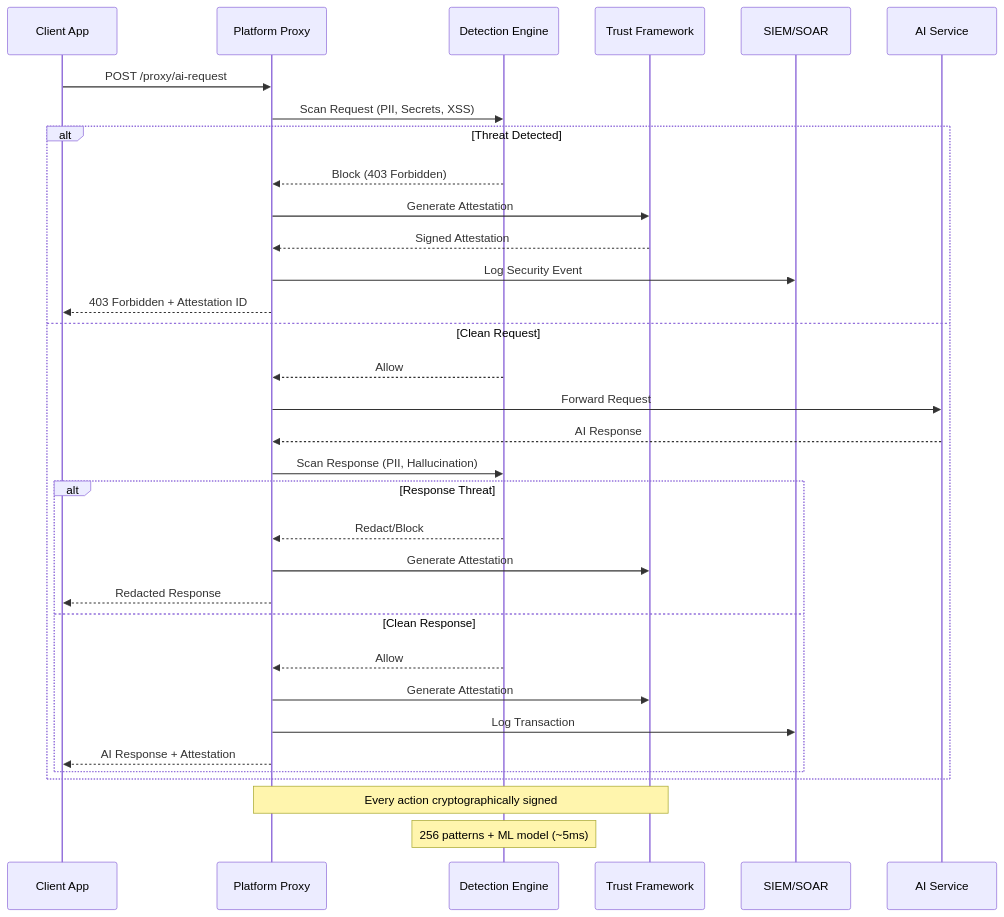
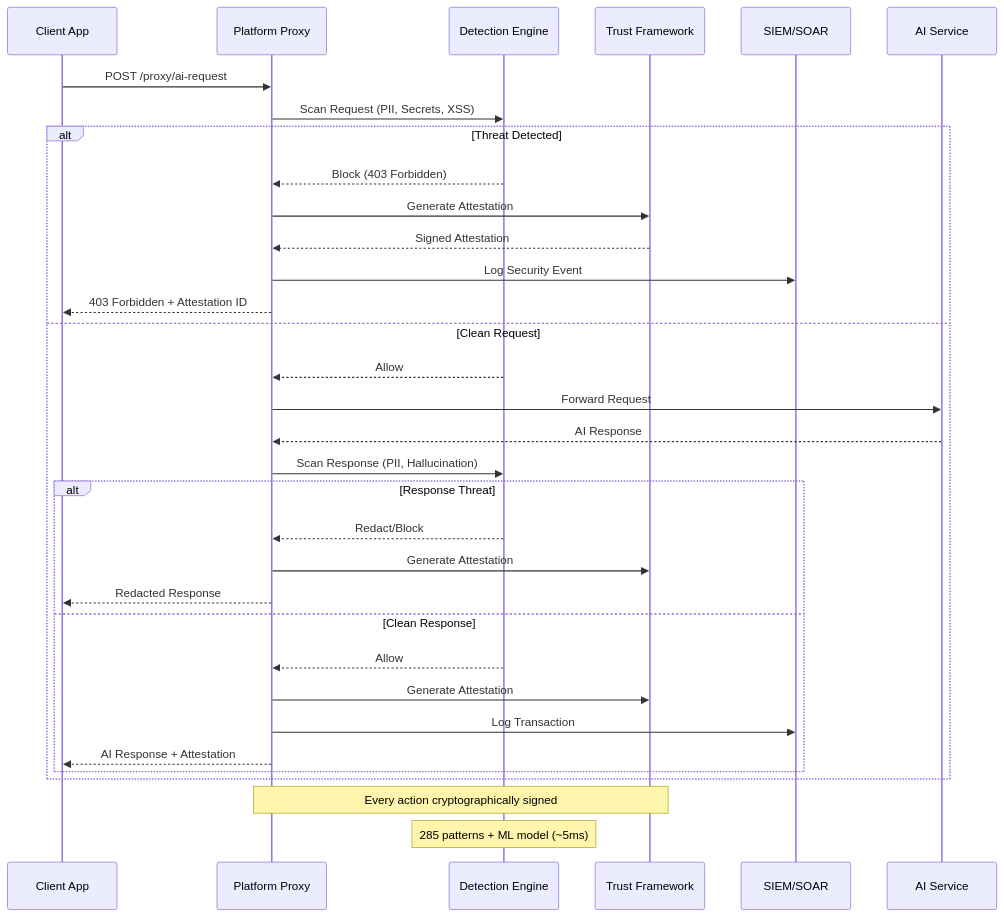
Before and after one commit to aegisgatesecurity/aegisgate-site: the second of 2 diagrams in content/platform/_index.md, drawn with Mermaid. The commit also changed other lines of this file and 1 other file, not shown here.

```diff
--- a/content/platform/_index.md
+++ b/content/platform/_index.md
@@ -223,39 +226,39 @@
 {{< mermaid >}}
 sequenceDiagram
     participant Client as Client App
     participant Proxy as Platform Proxy
     participant Scanner as Detection Engine
     participant Trust as Trust Framework
     participant SIEM as SIEM/SOAR
     participant AI as AI Service
 
     Client->>Proxy: POST /proxy/ai-request
     Proxy->>Scanner: Scan Request (PII, Secrets, XSS)
     
     alt Threat Detected
         Scanner-->>Proxy: Block (403 Forbidden)
         Proxy->>Trust: Generate Attestation
         Trust-->>Proxy: Signed Attestation
         Proxy->>SIEM: Log Security Event
         Proxy-->>Client: 403 Forbidden + Attestation ID
     else Clean Request
         Scanner-->>Proxy: Allow
         Proxy->>AI: Forward Request
         AI-->>Proxy: AI Response
         Proxy->>Scanner: Scan Response (PII, Hallucination)
         
         alt Response Threat
             Scanner-->>Proxy: Redact/Block
             Proxy->>Trust: Generate Attestation
             Proxy-->>Client: Redacted Response
         else Clean Response
             Scanner-->>Proxy: Allow
             Proxy->>Trust: Generate Attestation
             Proxy->>SIEM: Log Transaction
             Proxy-->>Client: AI Response + Attestation
         end
     end
 
     Note over Proxy,Trust: Every action cryptographically signed
-    Note over Scanner: 256 patterns + ML model (~5ms)
+    Note over Scanner: 285 patterns + ML model (~5ms)
 {{< /mermaid >}}
```
